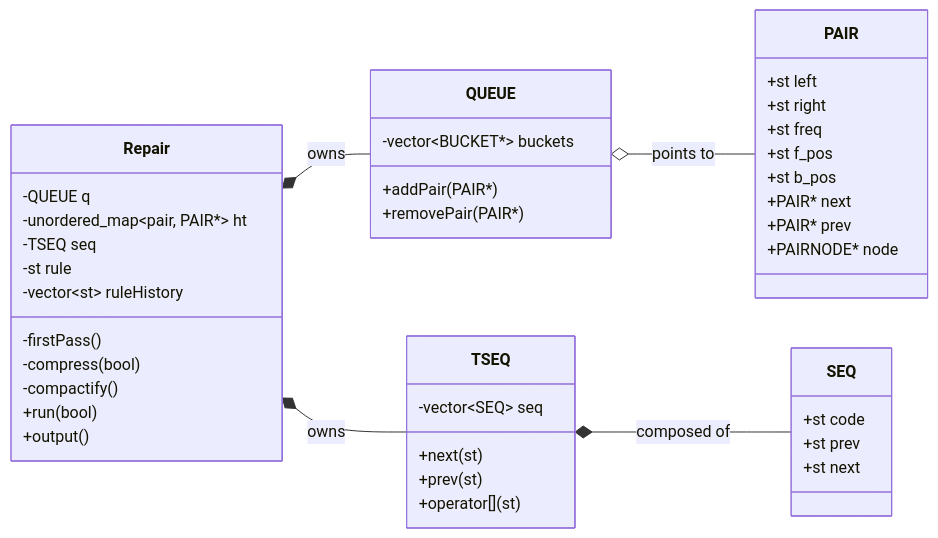
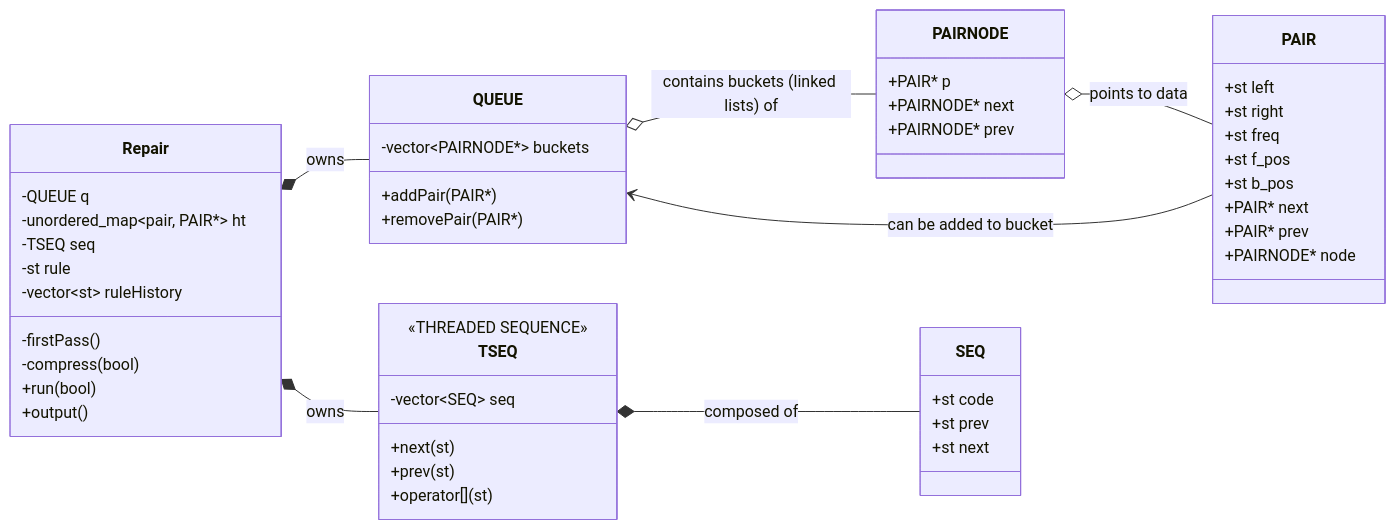
One commit to jvtoppa/YARI changed the diagram in README.md. Above: the diagram before and after it, drawn with Mermaid.

Commit message:
Revise class structure and relationships in README
Updated class definitions and relationships in the README.

````diff
--- a/README.md
+++ b/README.md
@@ -8,53 +8,61 @@
 ```mermaid
 classDiagram
     direction LR
     
     class Repair {
         -QUEUE q
         -unordered_map~pair, PAIR*~ ht
         -TSEQ seq
         -st rule
         -vector~st~ ruleHistory
         -firstPass()
         -compress(bool)
-        -compactify()
         +run(bool)
         +output()
     }
 
     class QUEUE {
-        -vector~BUCKET*~ buckets
+        -vector~PAIRNODE*~ buckets
         +addPair(PAIR*)
         +removePair(PAIR*)
     }
 
+    class PAIRNODE {
+        +PAIR* p
+        +PAIRNODE* next
+        +PAIRNODE* prev
+    }
+
     class TSEQ {
+        <<THREADED SEQUENCE>>
         -vector~SEQ~ seq
         +next(st)
         +prev(st)
         +operator[](st)
     }
-
 
     class PAIR {
         +st left
         +st right
         +st freq
         +st f_pos
         +st b_pos
         +PAIR* next
         +PAIR* prev
         +PAIRNODE* node
     }
 
     class SEQ {
         +st code
         +st prev
         +st next
     }
 
+    %% Relationships
     Repair *-- QUEUE : owns
-    Repair *-- TSEQ : owns
-    QUEUE o-- PAIR : points to
+    Repair *-- TSEQ: owns
+    QUEUE o-- PAIRNODE : contains buckets (linked lists) of
+    PAIRNODE o-- PAIR : points to data
+    PAIR --> QUEUE : can be added to bucket
     TSEQ *-- SEQ : composed of
 ```
````
